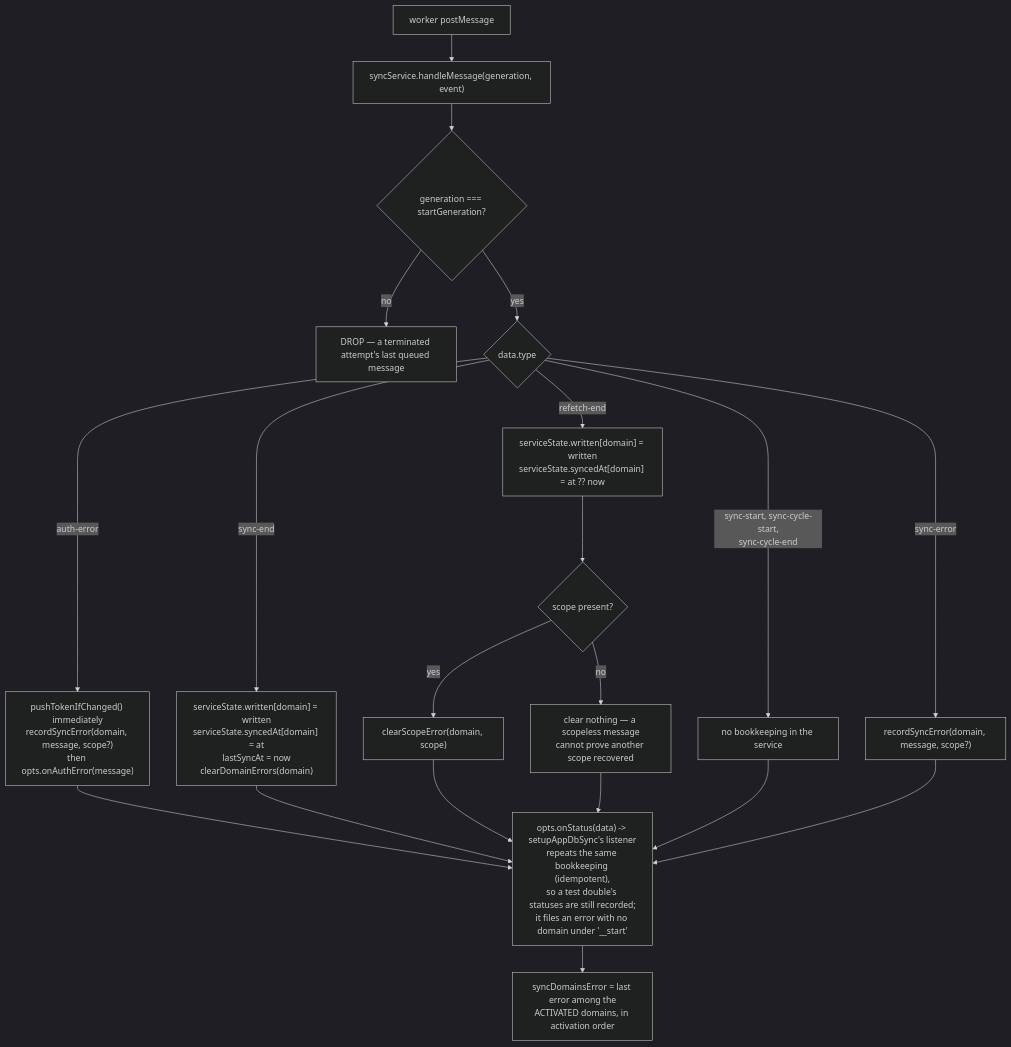
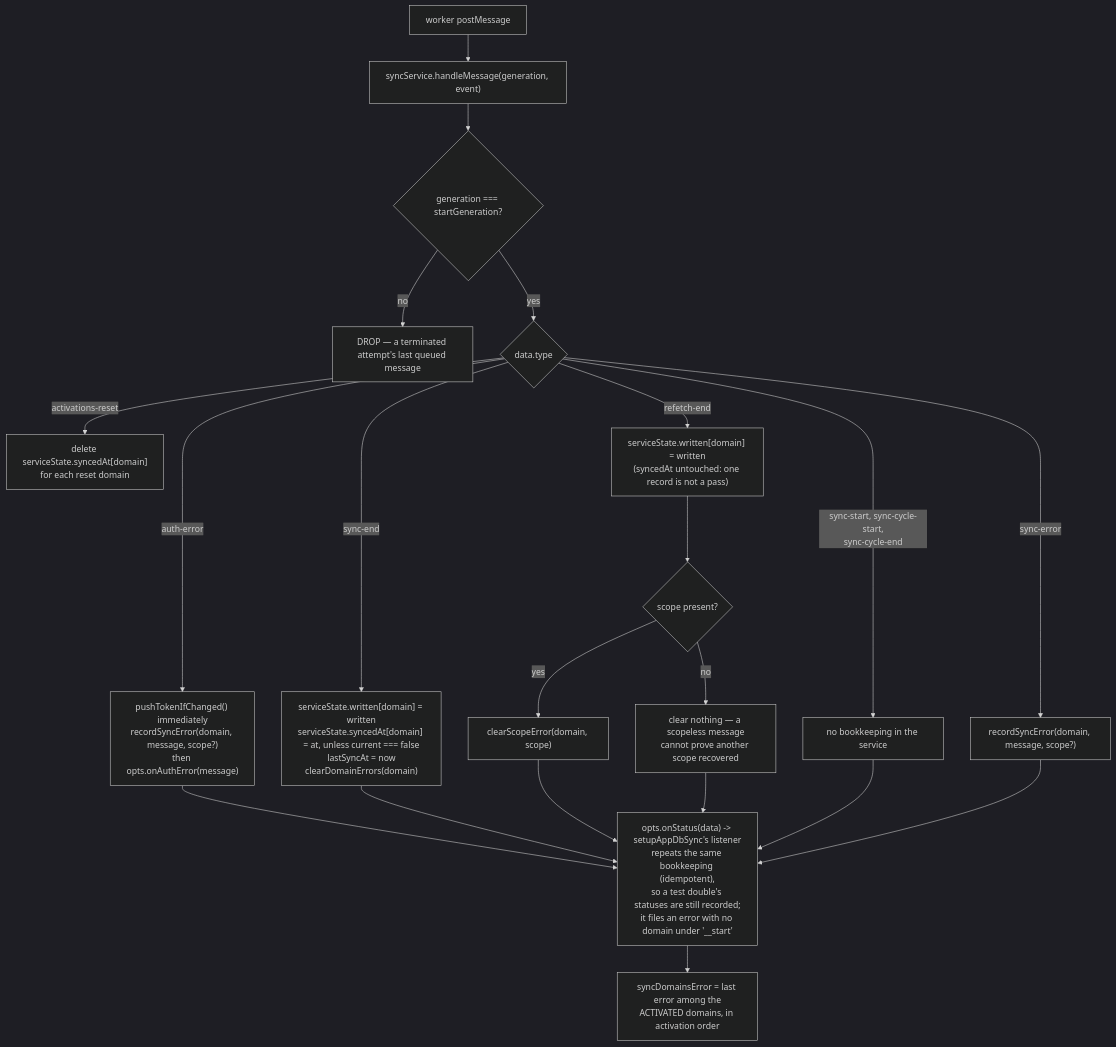
Before and after one commit to hotwax/accxui: diagram 27 of 31 in docs/APP_DB_SYNC_FLOWS.md, drawn with Mermaid (dark theme). The commit also changed other lines of this file and 2 other files, not shown here.

Commit message:
Updated: App database docs for immediate activation fetches, per-activation syncedAt, the retry wait, useDb on query change, error clearing on re-activation and building the status catalog from registered domains.

````diff
--- a/docs/APP_DB_SYNC_FLOWS.md
+++ b/docs/APP_DB_SYNC_FLOWS.md
@@ -1053,24 +1057,25 @@
 ```mermaid
 flowchart TD
     W["worker postMessage"] --> HM["syncService.handleMessage(generation, event)"]
     HM --> GEN{"generation === startGeneration?"}
     GEN -- no --> DROP["DROP — a terminated attempt's last queued message"]
     GEN -- yes --> TY{"data.type"}
 
     TY -- auth-error --> AE["pushTokenIfChanged() immediately<br/>recordSyncError(domain, message, scope?)<br/>then opts.onAuthError(message)"]
-    TY -- sync-end --> SE["serviceState.written[domain] = written<br/>serviceState.syncedAt[domain] = at<br/>lastSyncAt = now<br/>clearDomainErrors(domain)"]
-    TY -- refetch-end --> RW["serviceState.written[domain] = written<br/>serviceState.syncedAt[domain] = at ?? now"]
+    TY -- sync-end --> SE["serviceState.written[domain] = written<br/>serviceState.syncedAt[domain] = at, unless current === false<br/>lastSyncAt = now<br/>clearDomainErrors(domain)"]
+    TY -- activations-reset --> AR["delete serviceState.syncedAt[domain]<br/>for each reset domain"]
+    TY -- refetch-end --> RW["serviceState.written[domain] = written<br/>(syncedAt untouched: one record is not a pass)"]
     RW --> RE{"scope present?"}
     RE -- yes --> RE1["clearScopeError(domain, scope)"]
     RE -- no --> RE2["clear nothing — a scopeless message<br/>cannot prove another scope recovered"]
     TY -- sync-error --> ER["recordSyncError(domain, message, scope?)"]
     TY -- "sync-start, sync-cycle-start,<br/>sync-cycle-end" --> PASS["no bookkeeping in the service"]
 
     AE --> FWD
     SE --> FWD
     RE1 --> FWD
     RE2 --> FWD
     PASS --> FWD
     ER --> FWD["opts.onStatus(data) -> setupAppDbSync's listener<br/>repeats the same bookkeeping (idempotent),<br/>so a test double's statuses are still recorded;<br/>it files an error with no domain under '__start'"]
     FWD --> SDE["syncDomainsError = last error among the<br/>ACTIVATED domains, in activation order"]
 ```
````
